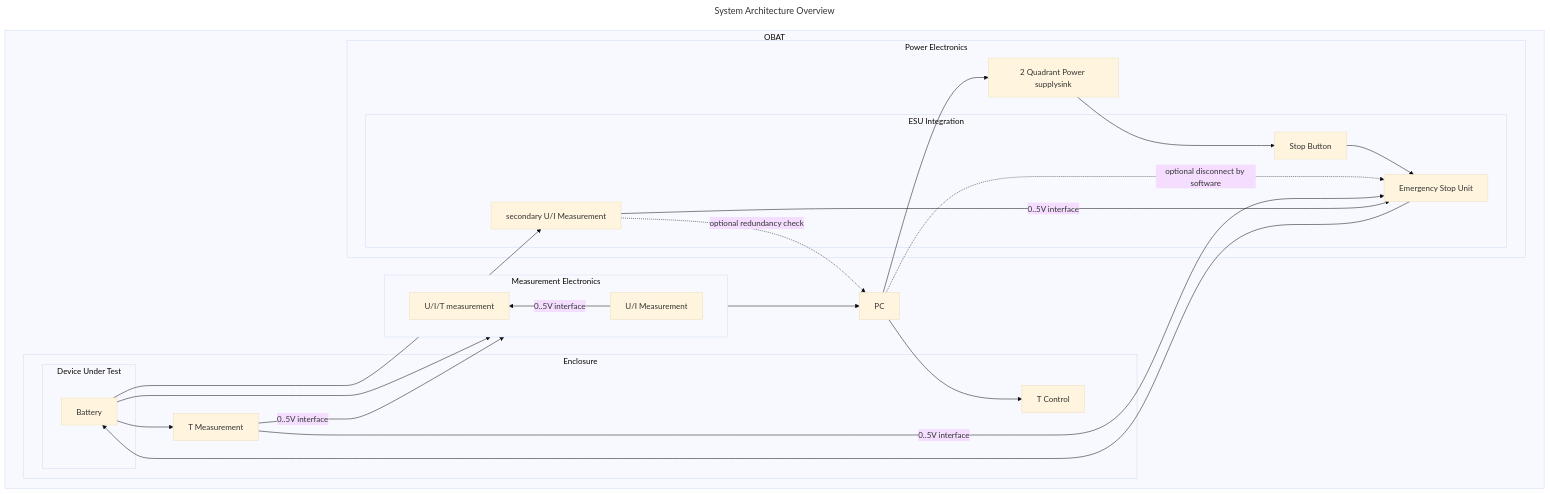
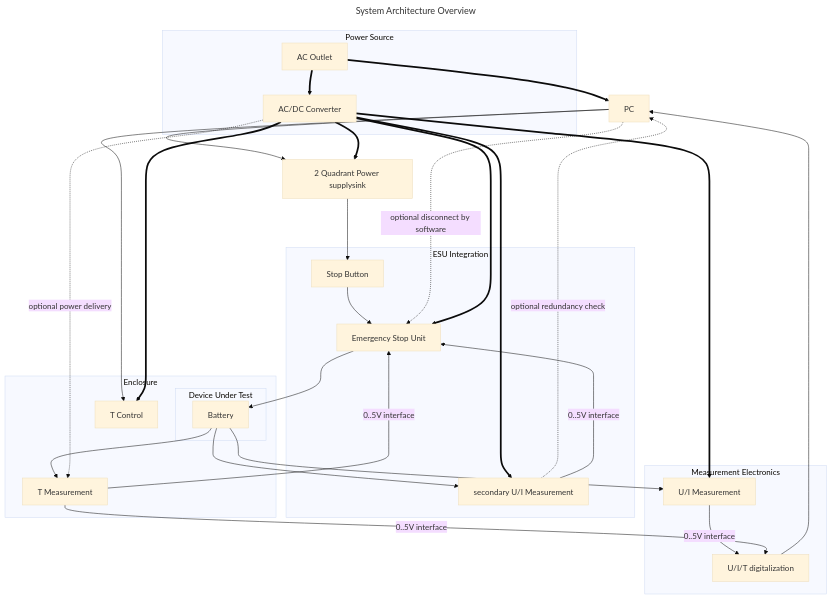
Before and after one commit to pascalguttmann/obat: the diagram in docs/arch/overview.md, drawn with Mermaid (base theme).

Commit message:
add flowchart power and enclosure

````diff
--- a/docs/arch/overview.md
+++ b/docs/arch/overview.md
@@ -56,54 +56,58 @@
 ```mermaid
 ---
 title: System Architecture Overview
 ---
-flowchart LR
-
-
-subgraph sub-obat [OBAT]
-    direction LR
+flowchart TD
     pc[PC]
 
-    subgraph sub-power [Power Electronics]
-        pss-internal[2 Quadrant Power supplysink]
+    pss-internal[2 Quadrant Power supplysink]
 
-        subgraph sub-esu [ESU Integration]
-            stop-button[Stop Button]
-            esu[Emergency Stop Unit]
-            measurement2[secondary U/I Measurement]
-        end
-
+    subgraph sub-esu [ESU Integration]
+        stop-button[Stop Button]
+        esu[Emergency Stop Unit]
+        measurement2[secondary U/I Measurement]
     end
 
     subgraph sub-meas [Measurement Electronics]
-        direction RL
         measurement[U/I Measurement]
-        meas[U/I/T measurement]
+        meas[U/I/T digitalization]
     end
 
     subgraph sub-enclosure [Enclosure]
         measurement_T[T Measurement]
         control_T[T Control]
         subgraph sub-dut [Device Under Test]
             bat[Battery]
         end
+    end
+
+    subgraph sub-supply [Power Source]
+        ac-outlet[AC Outlet]
+        acdc-conv[AC/DC Converter]
     end
 
     pc --> pss-internal
     pss-internal --> stop-button
     stop-button --> esu
     esu --> bat
     bat --> measurement
     bat --> measurement2
     bat --> measurement_T
     measurement2 -. optional redundancy check .-> pc
     meas --> pc
     pc -. optional disconnect by software .-> esu
     pc --> control_T
 
     measurement -- 0..5V interface --> meas
     measurement_T -- 0..5V interface --> meas
     measurement_T -- 0..5V interface --> esu
     measurement2 -- 0..5V interface --> esu
-end
+
+    ac-outlet ==> pc & acdc-conv
+    acdc-conv ==> pss-internal
+    acdc-conv ==> esu
+    acdc-conv ==> measurement
+    acdc-conv ==> measurement2
+    acdc-conv ==> control_T
+    acdc-conv -. optional power delivery .-> measurement_T
 ```
````
